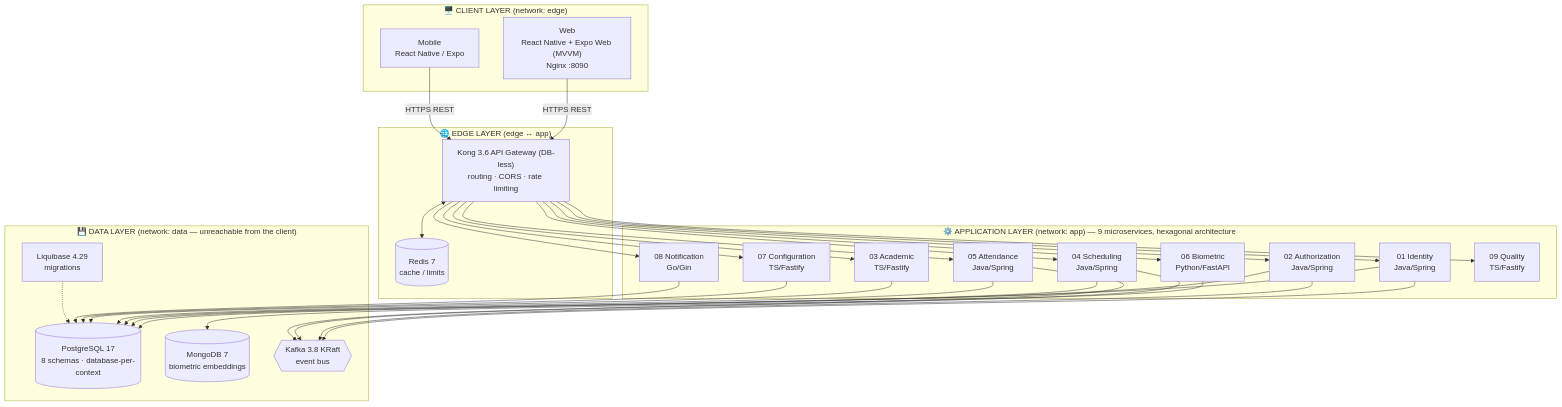
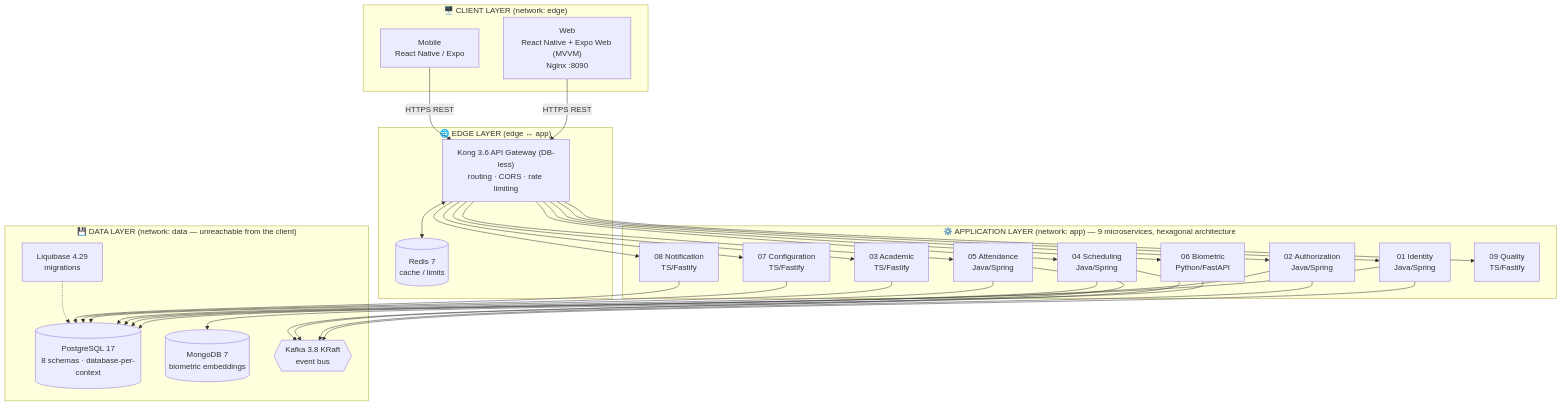
The first of 7 diagrams in 09-Manuales/en/Technical_Manual.md (Jonas7891/FaceAttendEDU-RAPS), drawn with Mermaid before and after one commit. The commit also changed other lines of this file and 3 other files, not shown here.

````diff
--- a/09-Manuales/en/Technical_Manual.md
+++ b/09-Manuales/en/Technical_Manual.md
@@ -123,41 +120,41 @@
 ```mermaid
 flowchart TB
     subgraph CLIENT["🖥️ CLIENT LAYER (network: edge)"]
         WEB["Web<br/>React Native + Expo Web (MVVM)<br/>Nginx :8090"]
         MOB["Mobile<br/>React Native / Expo"]
     end
 
     subgraph EDGE["🌐 EDGE LAYER (edge ↔ app)"]
         KONG["Kong 3.6 API Gateway (DB-less)<br/>routing · CORS · rate limiting"]
         REDIS[("Redis 7<br/>cache / limits")]
     end
 
     subgraph APPLICATION["⚙️ APPLICATION LAYER (network: app) — 9 microservices, hexagonal architecture"]
         IDT["01 Identity<br/>Java/Spring"]
         AUT["02 Authorization<br/>Java/Spring"]
         ACA["03 Academic<br/>TS/Fastify"]
         SCH["04 Scheduling<br/>Java/Spring"]
         ATT["05 Attendance<br/>Java/Spring"]
         BIO["06 Biometric<br/>Python/FastAPI"]
         CFG["07 Configuration<br/>TS/Fastify"]
-        NOT["08 Notification<br/>Go/Gin"]
+        NOT["08 Notification<br/>TS/Fastify"]
         QLT["09 Quality<br/>TS/Fastify"]
     end
 
     subgraph DATA["💾 DATA LAYER (network: data — unreachable from the client)"]
         PG[("PostgreSQL 17<br/>8 schemas · database-per-context")]
         MONGO[("MongoDB 7<br/>biometric embeddings")]
         KAFKA{{"Kafka 3.8 KRaft<br/>event bus"}}
         LIQ["Liquibase 4.29<br/>migrations"]
     end
 
     WEB -->|HTTPS REST| KONG
     MOB -->|HTTPS REST| KONG
     KONG <--> REDIS
     KONG --> IDT & AUT & ACA & SCH & ATT & BIO & CFG & NOT & QLT
     IDT & AUT & SCH & ATT --> PG
     ACA & CFG & NOT --> PG
     BIO --> MONGO
     IDT & AUT & SCH & ATT --> KAFKA
     LIQ -.-> PG
 ```
````
